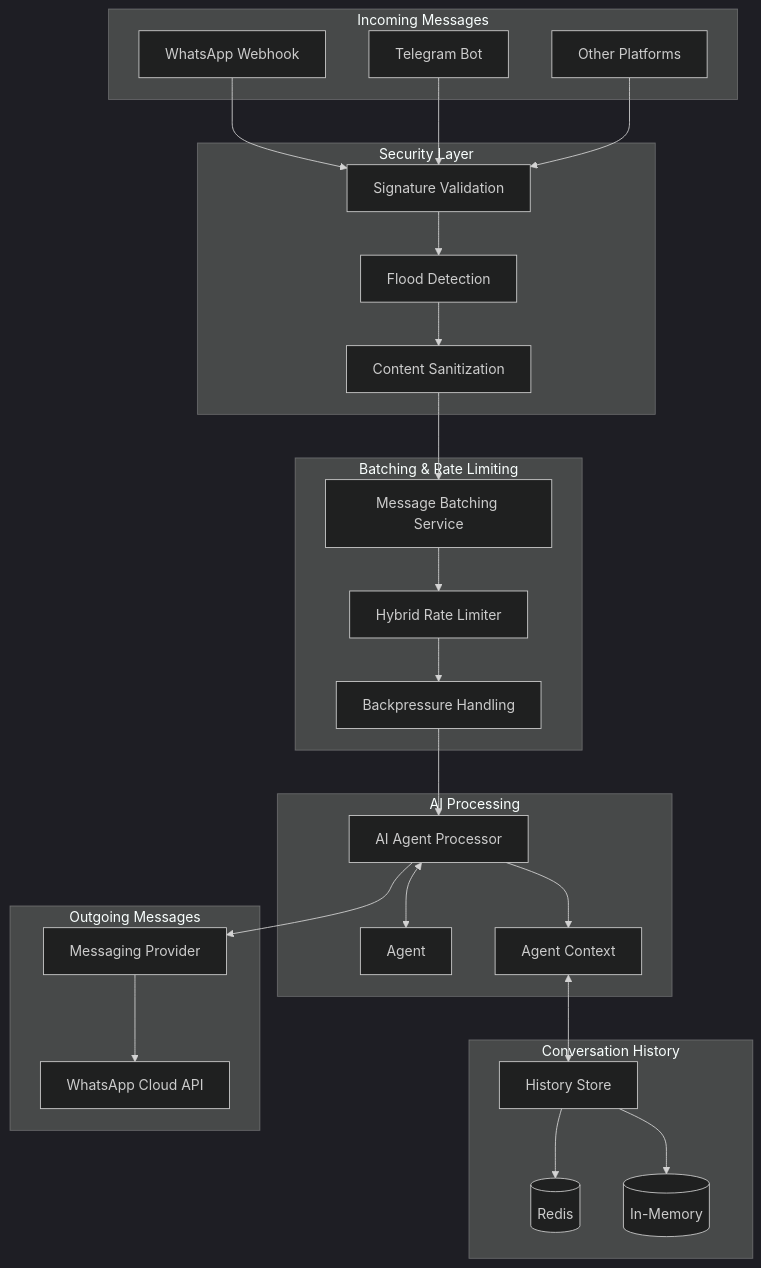
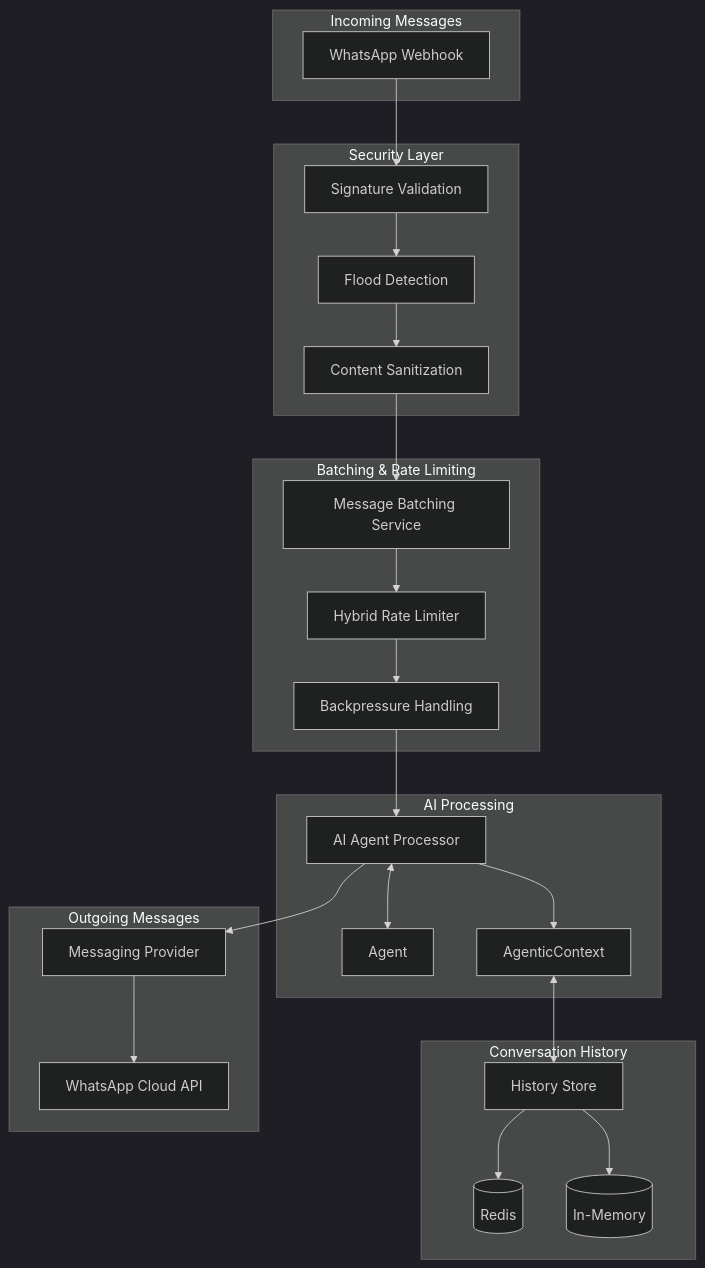
One commit to paragon-intelligence/agentle4j changed the diagram in docs/guides/messaging.md. Above: the diagram before and after it, drawn with Mermaid (dark theme). The commit also changed other lines of this file and 583 other files, not shown here.

````diff
--- a/docs/guides/messaging.md
+++ b/docs/guides/messaging.md
@@ -29,59 +33,54 @@
 ```mermaid
 flowchart TB
     subgraph Input["Incoming Messages"]
         WH[WhatsApp Webhook]
-        TG[Telegram Bot]
-        OT[Other Platforms]
     end
     
     subgraph Security["Security Layer"]
         SIG[Signature Validation]
         FLOOD[Flood Detection]
         SAN[Content Sanitization]
     end
     
     subgraph Batching["Batching & Rate Limiting"]
         BAT[Message Batching Service]
         RL[Hybrid Rate Limiter]
         BP[Backpressure Handling]
     end
     
     subgraph Processing["AI Processing"]
         PROC[AI Agent Processor]
         AGT[Agent]
-        CTX[Agent Context]
+        CTX[AgenticContext]
     end
     
     subgraph History["Conversation History"]
         MEM[History Store]
         REDIS[(Redis)]
         INMEM[(In-Memory)]
     end
     
     subgraph Output["Outgoing Messages"]
         PROV[Messaging Provider]
         WA[WhatsApp Cloud API]
     end
     
     WH --> SIG
-    TG --> SIG
-    OT --> SIG
-    
     SIG --> FLOOD
     FLOOD --> SAN
     SAN --> BAT
     
     BAT --> RL
     RL --> BP
     BP --> PROC
     
     PROC <--> AGT
     PROC --> CTX
     CTX <--> MEM
     
     MEM --> REDIS
     MEM --> INMEM
     
     PROC --> PROV
     PROV --> WA
 ```
````
